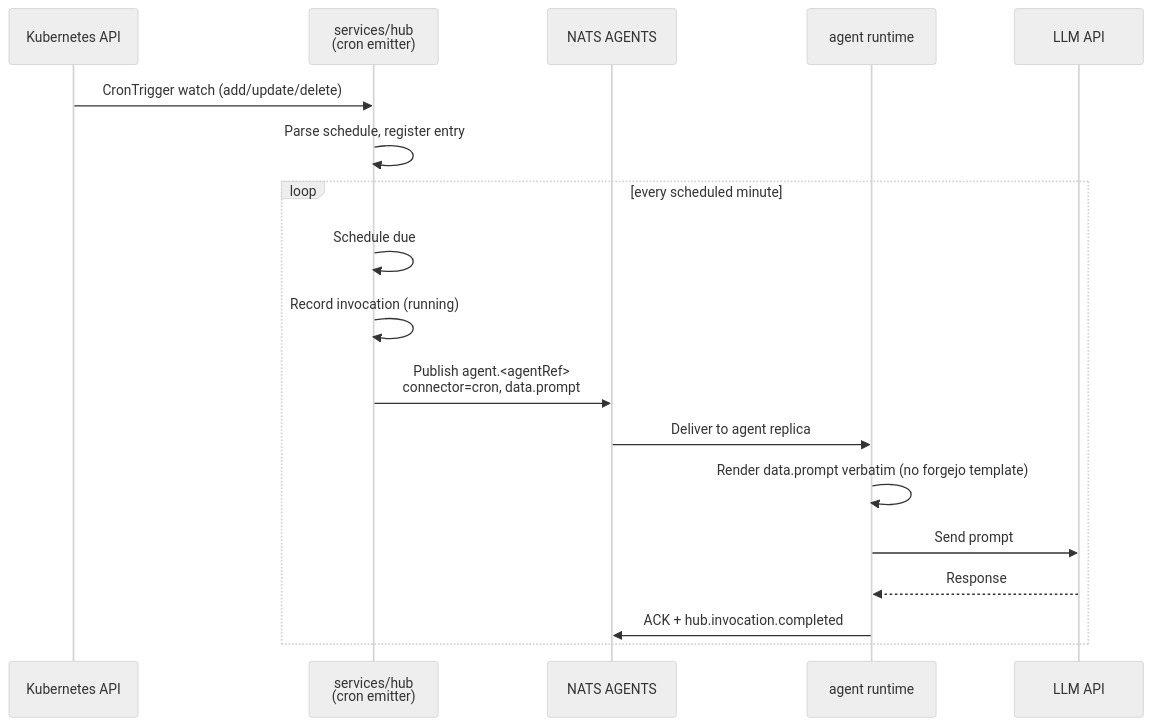
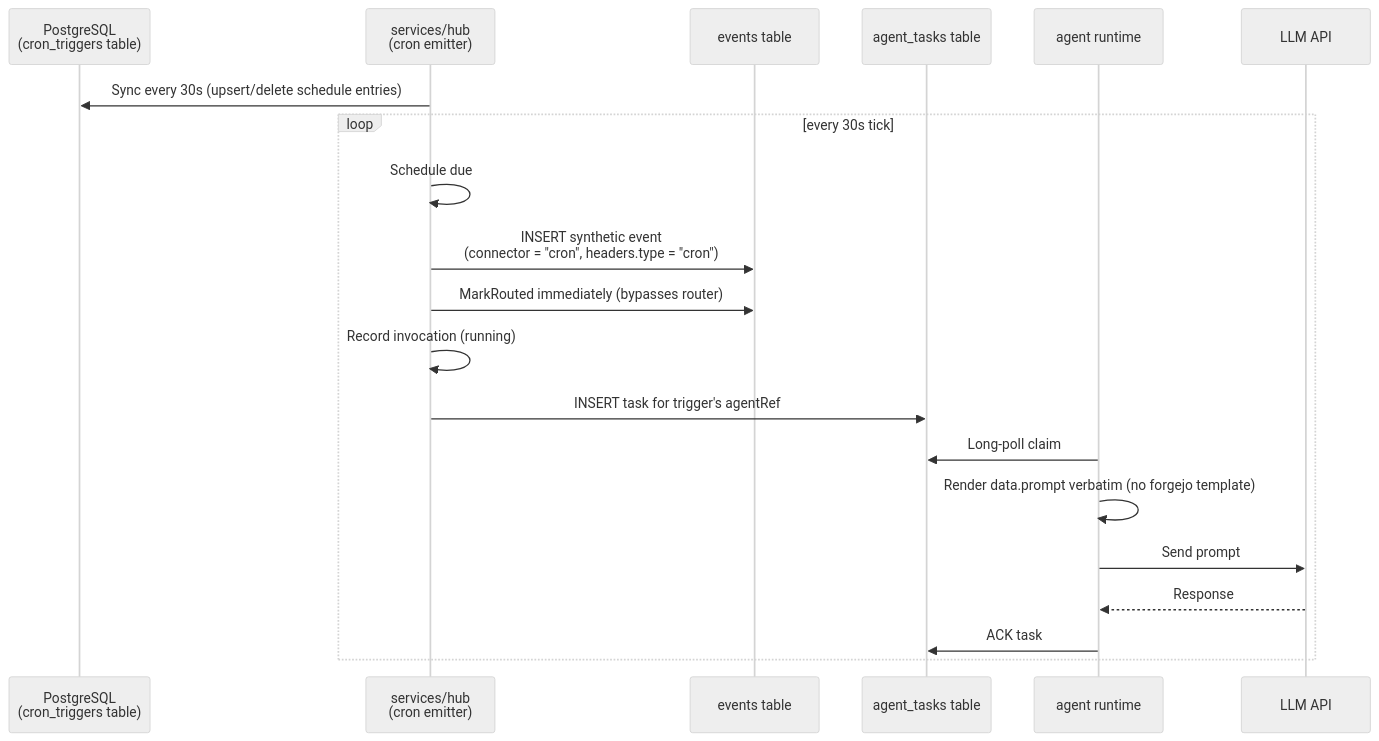
Before and after one commit to DominikPinsel/ainsel: the fourth of 7 diagrams in docs/architecture.md, drawn with Mermaid (neutral theme). The commit also changed other lines of this file and 12 other files, not shown here.

First line of the commit message:
docs: ship the as-built event-flow rewrite + finish the staleness sweep (#242)

````diff
--- a/docs/architecture.md
+++ b/docs/architecture.md
@@ -165,21 +185,23 @@
 ```mermaid
 sequenceDiagram
-    participant K as Kubernetes API
+    participant DB as PostgreSQL<br/>(cron_triggers table)
     participant CE as services/hub<br/>(cron emitter)
-    participant NA as NATS AGENTS
+    participant E as events table
+    participant T as agent_tasks table
     participant AR as agent runtime
     participant LLM as LLM API
 
-    K->>CE: CronTrigger watch (add/update/delete)
-    CE->>CE: Parse schedule, register entry
-    loop every scheduled minute
+    CE->>DB: Sync every 30s (upsert/delete schedule entries)
+    loop every 30s tick
         CE->>CE: Schedule due
+        CE->>E: INSERT synthetic event<br/>(connector = "cron", headers.type = "cron")
+        CE->>E: MarkRouted immediately (bypasses router)
         CE->>CE: Record invocation (running)
-        CE->>NA: Publish agent.<agentRef><br/>connector=cron, data.prompt
-        NA->>AR: Deliver to agent replica
+        CE->>T: INSERT task for trigger's agentRef
+        AR->>T: Long-poll claim
         AR->>AR: Render data.prompt verbatim (no forgejo template)
         AR->>LLM: Send prompt
         LLM-->>AR: Response
-        AR->>NA: ACK + hub.invocation.completed
+        AR->>T: ACK task
     end
 ```
````
